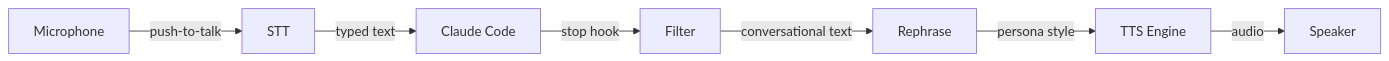
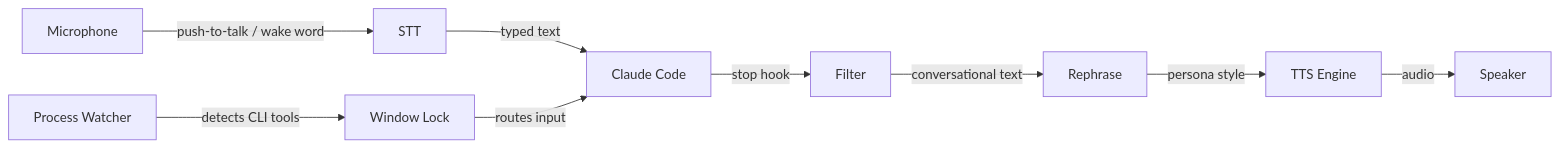
The diagram in README.md (JayTitus/claudible), drawn with Mermaid before and after one commit. The commit also changed other lines of this file and 25 other files, not shown here.

````diff
--- a/README.md
+++ b/README.md
@@ -32,9 +35,11 @@
 ```mermaid
 graph LR
     A[Claude Code] -->|stop hook| B[Filter]
     B -->|conversational text| C[Rephrase]
     C -->|persona style| D[TTS Engine]
     D -->|audio| E[Speaker]
-    F[Microphone] -->|push-to-talk| G[STT]
+    F[Microphone] -->|push-to-talk / wake word| G[STT]
     G -->|typed text| A
+    H[Process Watcher] -->|detects CLI tools| I[Window Lock]
+    I -->|routes input| A
 ```
````
